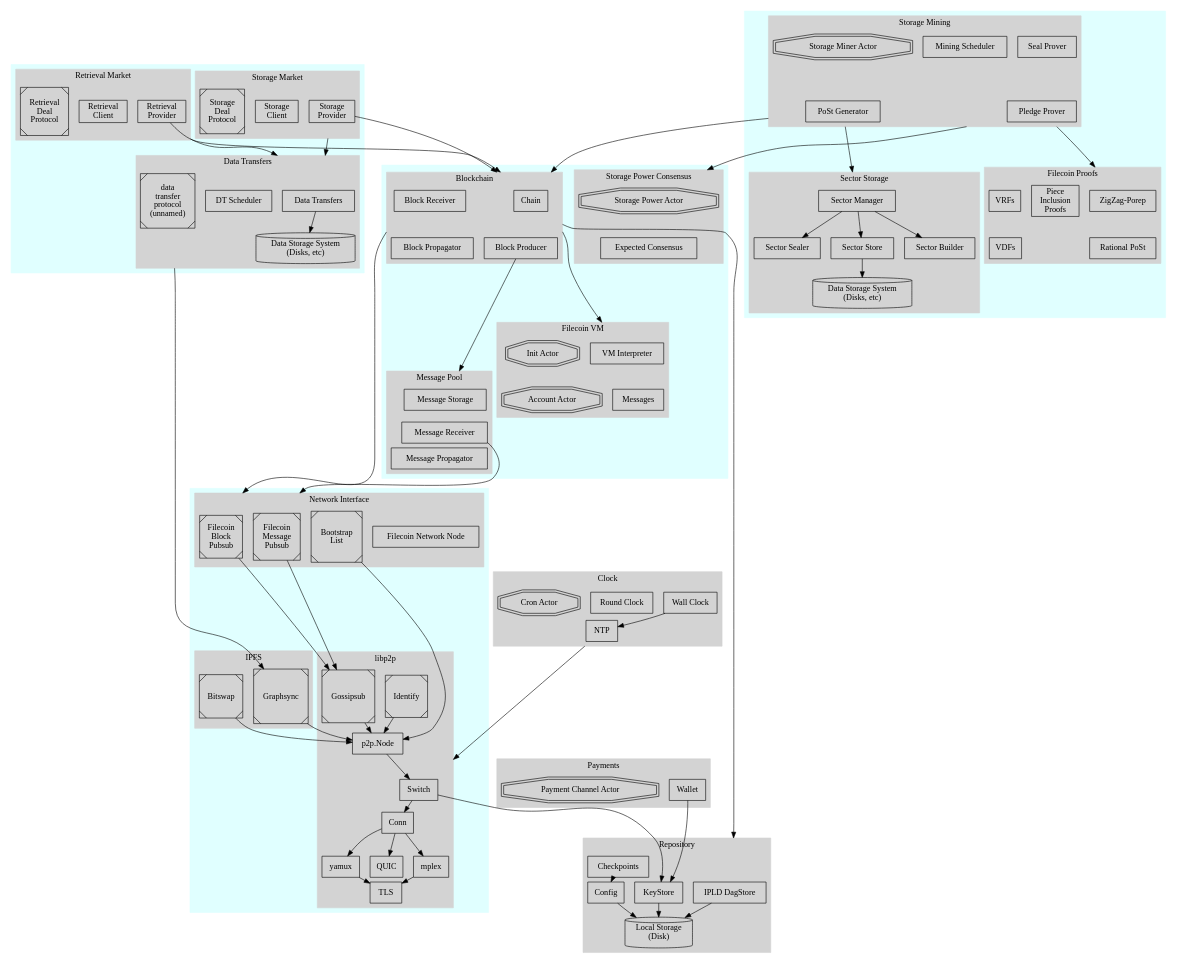
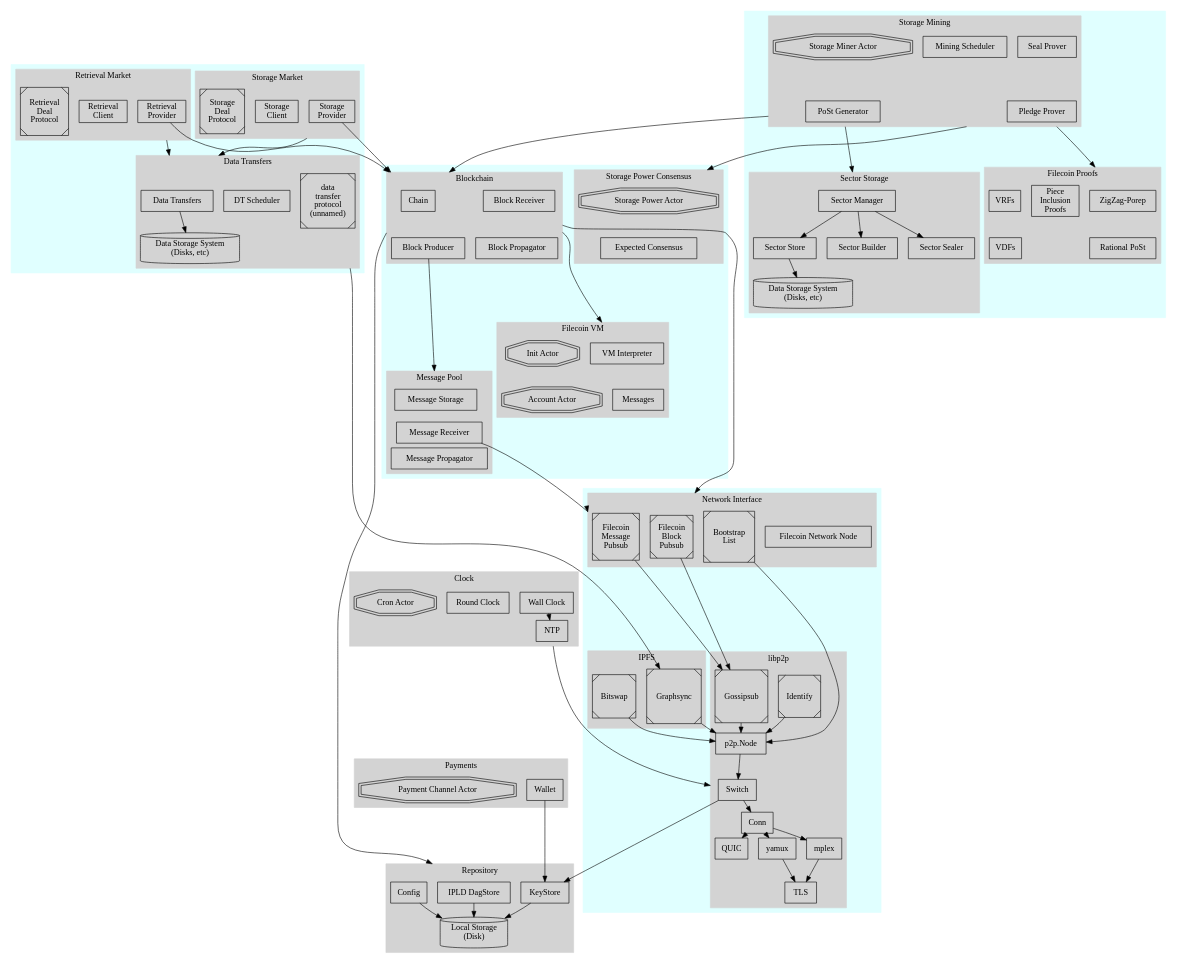
Before and after one commit to filecoin-project/specs: the diagram in diagrams/overview1/overview.dot, drawn with Graphviz. The commit also changed 1 other file, not shown here.

Commit message:
rm checkpoints from diagram

```diff
--- a/diagrams/overview1/overview.dot
+++ b/diagrams/overview1/overview.dot
@@ -257,13 +257,11 @@
     { // components
       node [shape=box]
       "Config"
-      "Checkpoints"
       "KeyStore"
       "IPLD DagStore"
     }
     "Local Storage" [shape=cylinder,label="Local Storage\n(Disk)"]
 
-    "Checkpoints" -> "Config"
     "IPLD DagStore" -> "Local Storage"
     "Config" -> "Local Storage"
     "KeyStore" -> "Local Storage"
```
